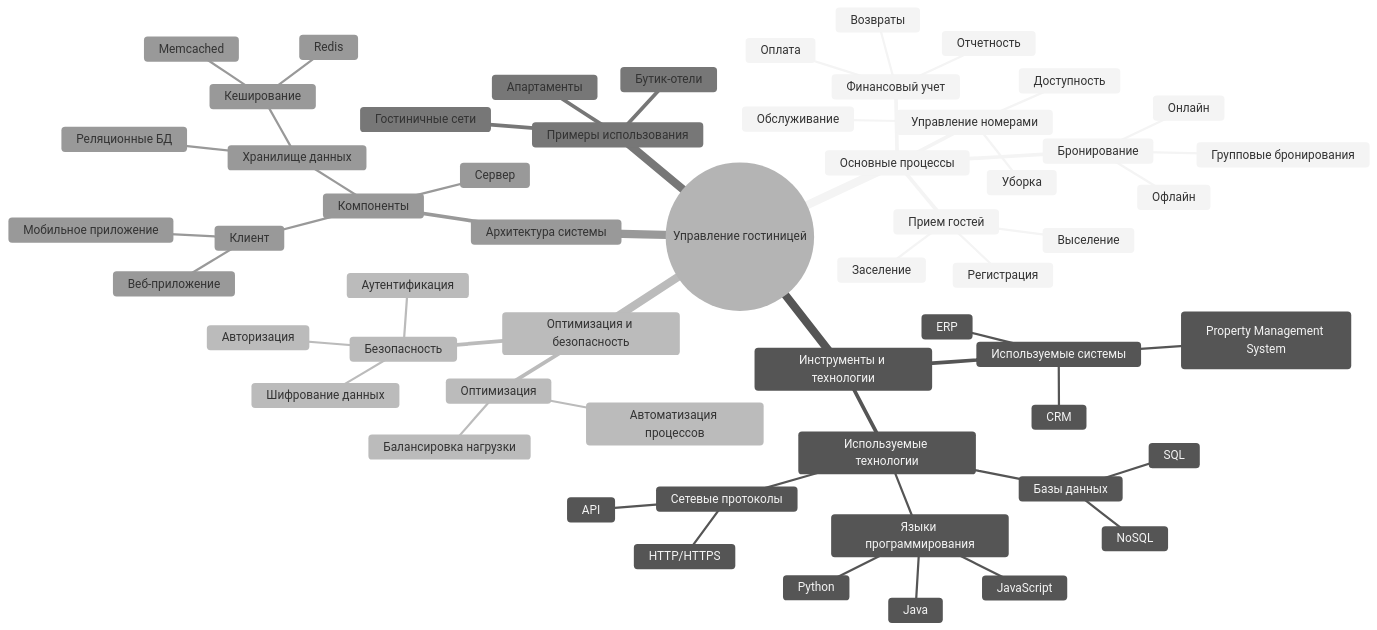
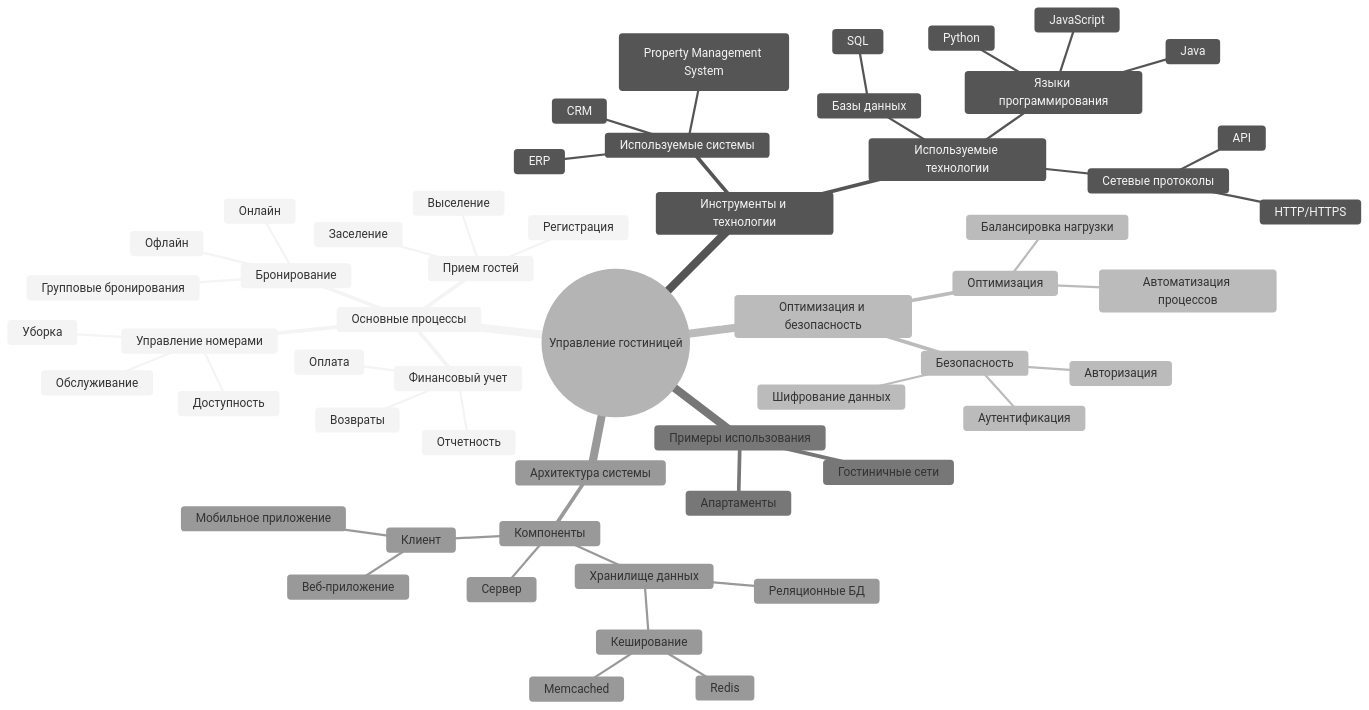
Before and after one commit to dimomba/mermaid12pr: the diagram in README.md, drawn with Mermaid (neutral theme).

````diff
--- a/README.md
+++ b/README.md
@@ -1,60 +1,58 @@
 ```mermaid
 mindmap
   root((Управление гостиницей))
     Основные процессы
       Бронирование
         Онлайн
         Офлайн
         Групповые бронирования
       Прием гостей
         Регистрация
         Заселение
         Выселение
       Управление номерами
         Доступность
         Уборка
         Обслуживание
       Финансовый учет
         Оплата
         Возвраты
         Отчетность
     Инструменты и технологии
       Используемые системы
         PMS (Property Management System)
         CRM
         ERP
       Используемые технологии
         Базы данных
           SQL
-          NoSQL
         Языки программирования
           Python
           JavaScript
           Java
         Сетевые протоколы
           HTTP/HTTPS
           API
     Оптимизация и безопасность
       Оптимизация
         Автоматизация процессов
         Балансировка нагрузки
       Безопасность
         Шифрование данных
         Аутентификация
         Авторизация
     Примеры использования
       Гостиничные сети
-      Бутик-отели
       Апартаменты
     Архитектура системы
       Компоненты
         Клиент
           Веб-приложение
           Мобильное приложение
         Сервер
         Хранилище данных
           Реляционные БД
           Кеширование
             Redis
             Memcached
 ```
````
